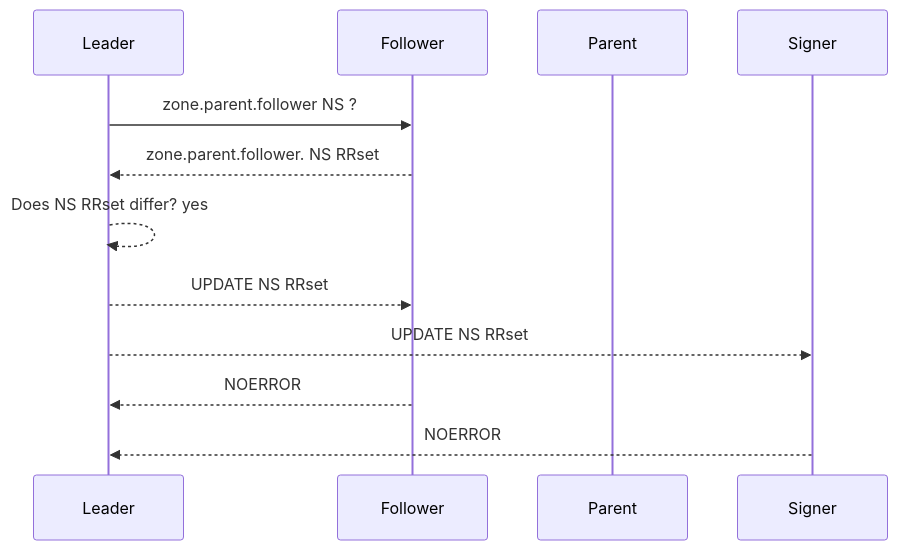
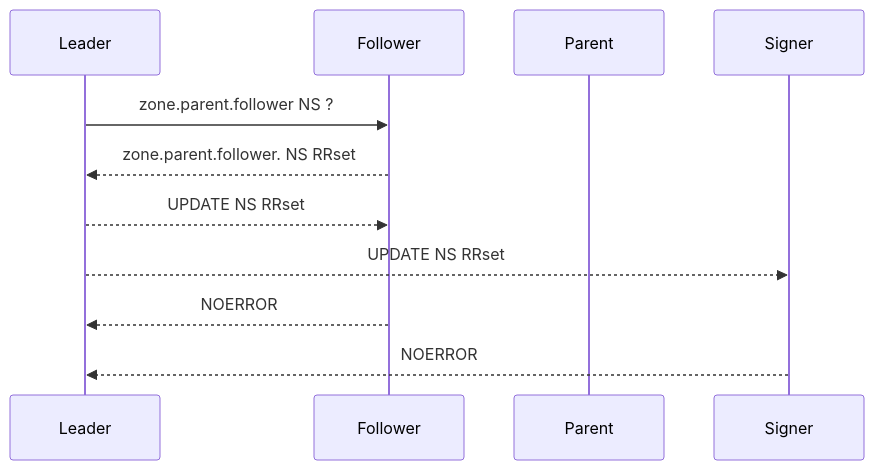
Before and after one commit to johanix/tdns: the diagram in sidecar/PROCESSES.md, drawn with Mermaid.

````diff
--- a/sidecar/PROCESSES.md
+++ b/sidecar/PROCESSES.md
@@ -3,14 +3,13 @@
 ```mermaid
 sequenceDiagram
     participant Leader
     participant Follower
     participant Parent
     participant Signer
     Leader->>Follower: zone.parent.follower NS ?
     Follower-->>Leader: zone.parent.follower. NS RRset
-    Leader-->>Leader: Does NS RRset differ? yes
     Leader-->>Follower: UPDATE NS RRset
     Leader-->>Signer: UPDATE NS RRset
     Follower-->>Leader: NOERROR
     Signer-->>Leader: NOERROR
 ```
````
